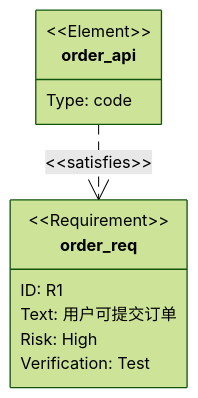
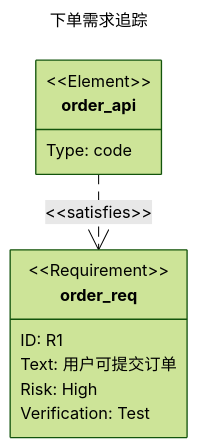
Before and after one commit to huang-hee/diagram-kit: the second of 5 diagrams in references/types-product.md, drawn with Mermaid (forest theme). The commit also changed other lines of this file and 248 other files, not shown here.

First line of the commit message:
feat: 示例按统一风格重做，补齐 42 张 drawio 整图示例，默认工具改为 drawio

````diff
--- a/references/types-product.md
+++ b/references/types-product.md
@@ -69,14 +69,17 @@
 ```mermaid
+---
+title: 下单需求追踪
+---
 requirementDiagram
   requirement order_req {
     id: R1
     text: "用户可提交订单"
     risk: high
     verifymethod: test
   }
   element order_api {
     type: code
   }
   order_api - satisfies -> order_req
   class order_api element
 ```
````
